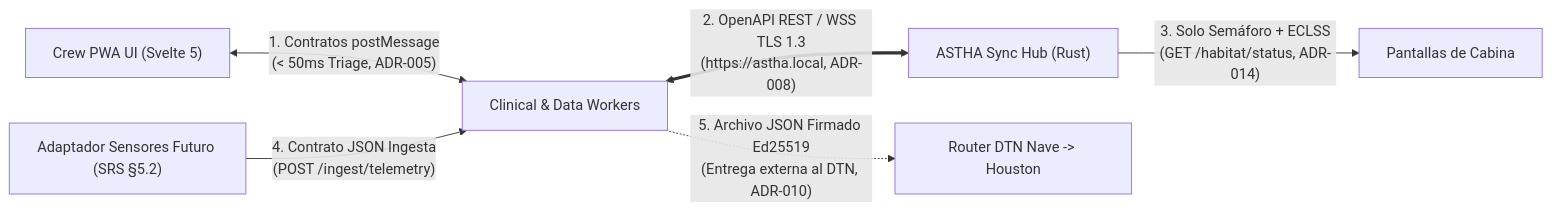
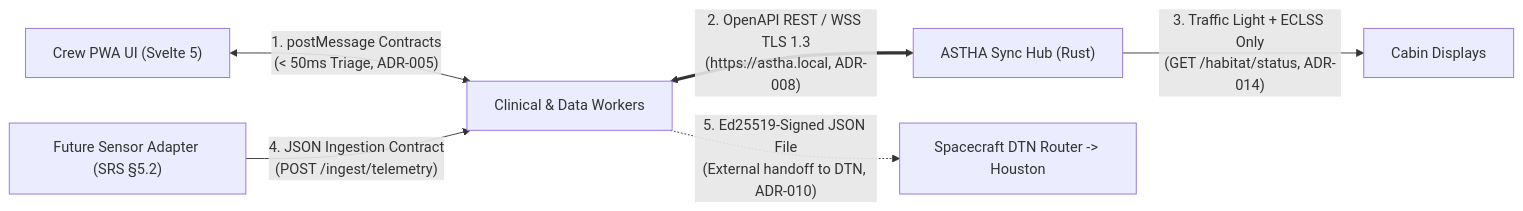
The diagram in docs/Modelo-datos-y-APIs/03-Contratos-API-OpenAPI-y-Eventos.md (angelcontres/ASTHA-SpaceApps), drawn with Mermaid before and after one commit. The commit also changed other lines of this file and 46 other files, not shown here.

````diff
--- a/docs/Modelo-datos-y-APIs/03-Contratos-API-OpenAPI-y-Eventos.md
+++ b/docs/Modelo-datos-y-APIs/03-Contratos-API-OpenAPI-y-Eventos.md
@@ -11,8 +11,8 @@
 ```mermaid
 flowchart LR
-    UI["Crew PWA UI (Svelte 5)"] <-->|"1. Contratos postMessage<br>(< 50ms Triage, ADR-005)"| Workers["Clinical & Data Workers"]
+    UI["Crew PWA UI (Svelte 5)"] <-->|"1. postMessage Contracts<br>(< 50ms Triage, ADR-005)"| Workers["Clinical & Data Workers"]
     Workers <==>|"2. OpenAPI REST / WSS TLS 1.3<br>(https://astha.local, ADR-008)"| Hub["ASTHA Sync Hub (Rust)"]
-    Hub -->|"3. Solo Semáforo + ECLSS<br>(GET /habitat/status, ADR-014)"| Cabin["Pantallas de Cabina"]
-    Sensors["Adaptador Sensores Futuro (SRS §5.2)"] -->|"4. Contrato JSON Ingesta<br>(POST /ingest/telemetry)"| Workers
-    Workers -.->|"5. Archivo JSON Firmado Ed25519<br>(Entrega externa al DTN, ADR-010)"| DSN["Router DTN Nave -> Houston"]
+    Hub -->|"3. Traffic Light + ECLSS Only<br>(GET /habitat/status, ADR-014)"| Cabin["Cabin Displays"]
+    Sensors["Future Sensor Adapter (SRS §5.2)"] -->|"4. JSON Ingestion Contract<br>(POST /ingest/telemetry)"| Workers
+    Workers -.->|"5. Ed25519-Signed JSON File<br>(External handoff to DTN, ADR-010)"| DSN["Spacecraft DTN Router -> Houston"]
 ```
````
